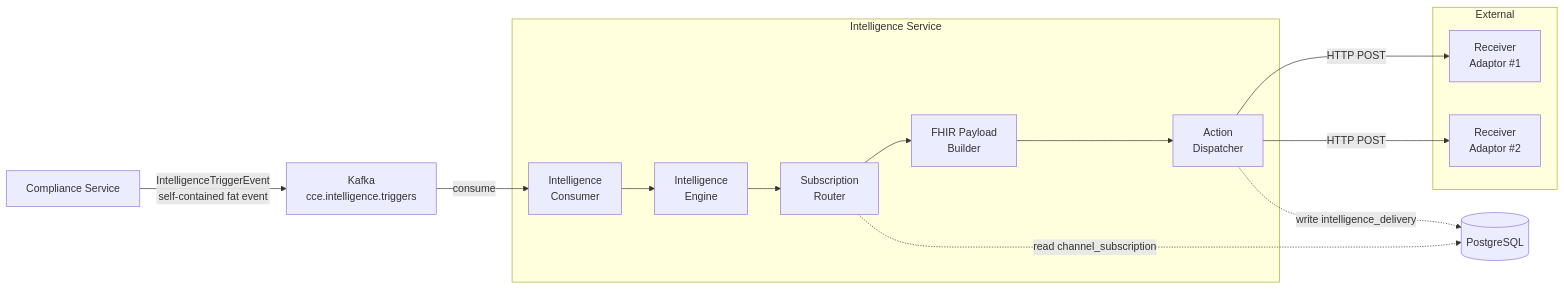
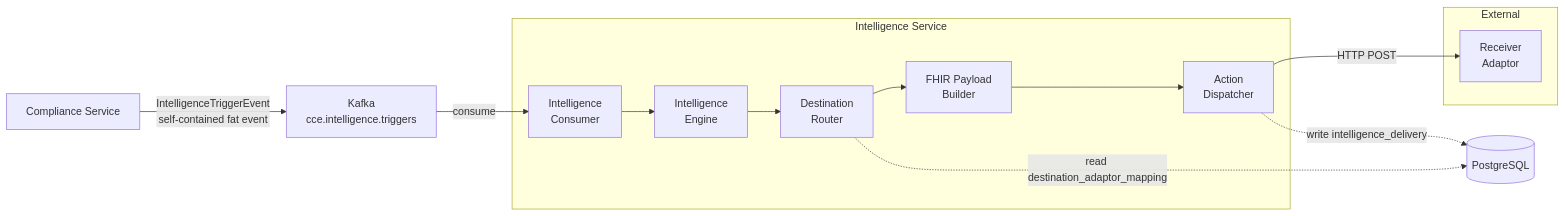
Before and after one commit to Jayaprakash8887/cce-intelligence-service: the first of 12 diagrams in docs/flow-diagrams.md, drawn with Mermaid. The commit also changed other lines of this file and 39 other files, not shown here.

First line of the commit message:
feat: Refactor channel subscription to destination adaptor mapping

````diff
--- a/docs/flow-diagrams.md
+++ b/docs/flow-diagrams.md
@@ -24,27 +24,25 @@
 ```mermaid
 flowchart LR
     CS[Compliance Service] -->|IntelligenceTriggerEvent<br/>self-contained fat event| K[Kafka<br/>cce.intelligence.triggers]
     K -->|consume| IC[Intelligence<br/>Consumer]
     IC --> IE[Intelligence<br/>Engine]
-    IE --> SR[Subscription<br/>Router]
-    SR --> FB[FHIR Payload<br/>Builder]
+    IE --> DR[Destination<br/>Router]
+    DR --> FB[FHIR Payload<br/>Builder]
     FB --> AD[Action<br/>Dispatcher]
-    AD -->|HTTP POST| RA1[Receiver<br/>Adaptor #1]
-    AD -->|HTTP POST| RA2[Receiver<br/>Adaptor #2]
+    AD -->|HTTP POST| RA1[Receiver<br/>Adaptor]
 
     subgraph Intelligence Service
         IC
         IE
         FB
-        SR
+        DR
         AD
     end
 
     subgraph External
         RA1
-        RA2
     end
 
-    SR -.->|read channel_subscription| DB[(PostgreSQL)]
+    DR -.->|read destination_adaptor_mapping| DB[(PostgreSQL)]
     AD -.->|write intelligence_delivery| DB
 ```
````
